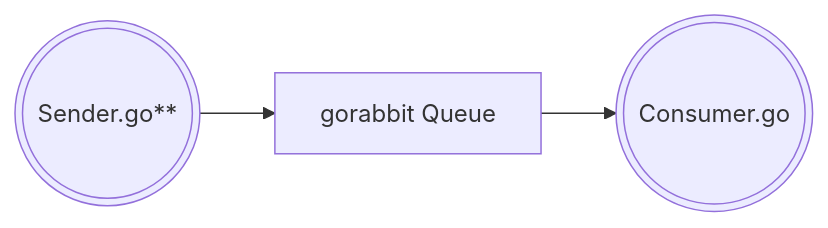
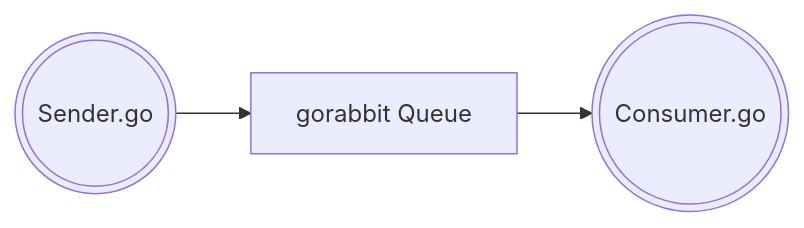
The first of 2 diagrams in README.md (TNAucoin/gorabbit), drawn with Mermaid before and after one commit. The commit also changed other lines of this file, not shown here.

First line of the commit message:
Update README.md with tasks and workers diagrams

````diff
--- a/README.md
+++ b/README.md
@@ -11,7 +11,7 @@
 ```mermaid
 graph LR;
-    producer((("Sender.go**")))
+    producer((("Sender.go")))
     queue["gorabbit Queue"]
     consumer((("Consumer.go")))
     producer --> queue --> consumer
 ```
````
